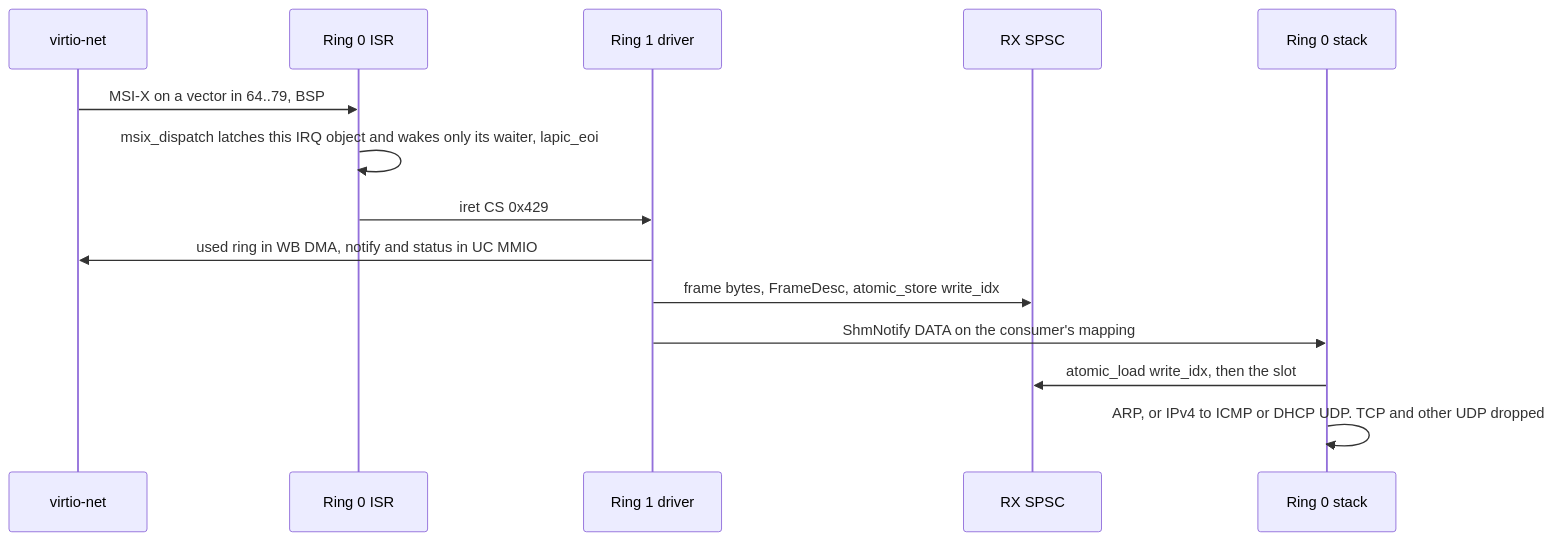
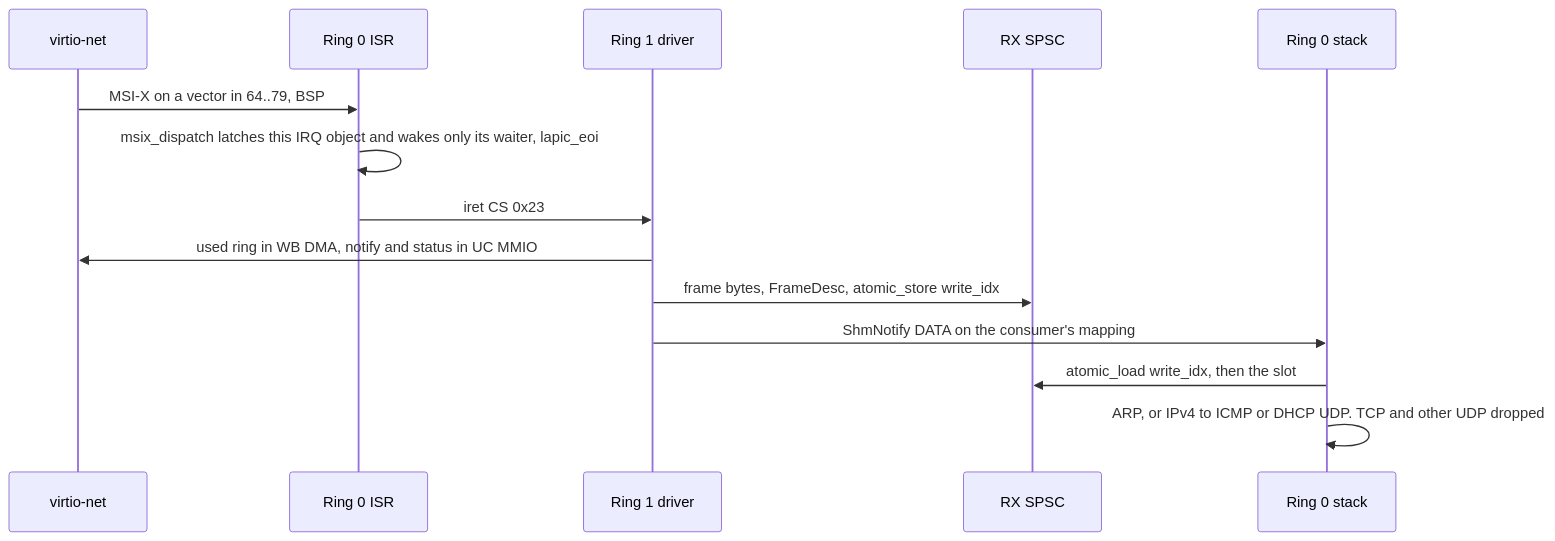
Before and after one commit to ritz-lang/rz: the second of 2 diagrams in projects/harland/docs/RING1_DRIVER.md, drawn with Mermaid. The commit also changed other lines of this file and 4 other files, not shown here.

````diff
--- a/projects/harland/docs/RING1_DRIVER.md
+++ b/projects/harland/docs/RING1_DRIVER.md
@@ -696,17 +666,17 @@
 ```mermaid
 sequenceDiagram
   participant Dev as virtio-net
   participant Isr as Ring 0 ISR
   participant Drv as Ring 1 driver
   participant Q as RX SPSC
   participant Ip as Ring 0 stack
 
   Dev->>Isr: MSI-X on a vector in 64..79, BSP
   Isr->>Isr: msix_dispatch latches this IRQ object and wakes only its waiter, lapic_eoi
-  Isr->>Drv: iret CS 0x429
+  Isr->>Drv: iret CS 0x23
   Drv->>Dev: used ring in WB DMA, notify and status in UC MMIO
   Drv->>Q: frame bytes, FrameDesc, atomic_store write_idx
   Drv->>Ip: ShmNotify DATA on the consumer's mapping
   Ip->>Q: atomic_load write_idx, then the slot
   Ip->>Ip: ARP, or IPv4 to ICMP or DHCP UDP. TCP and other UDP dropped
 ```
````
